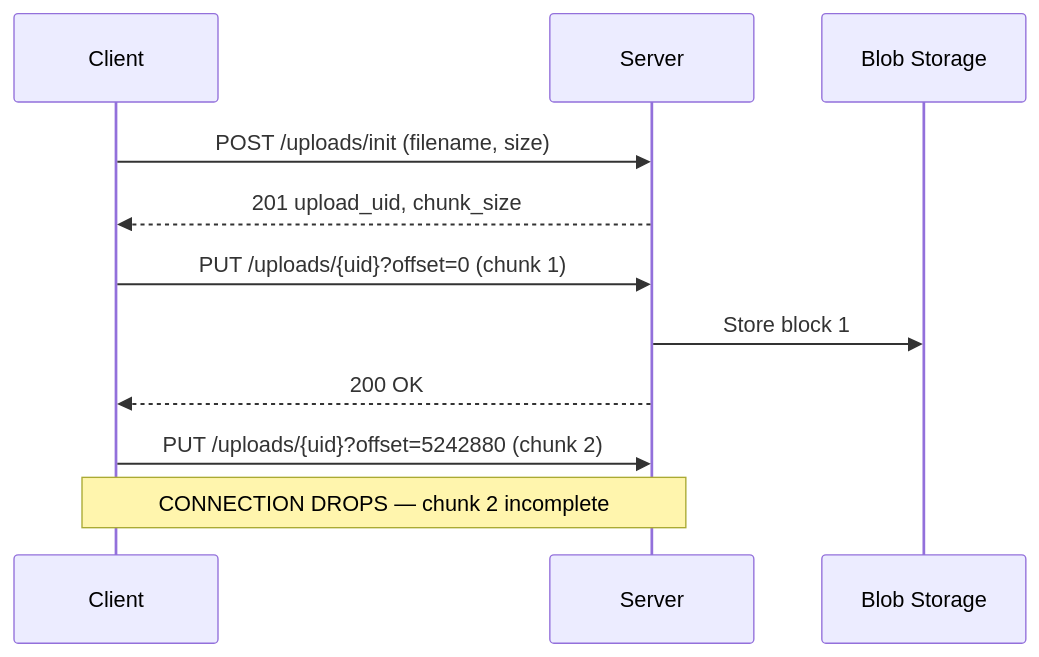
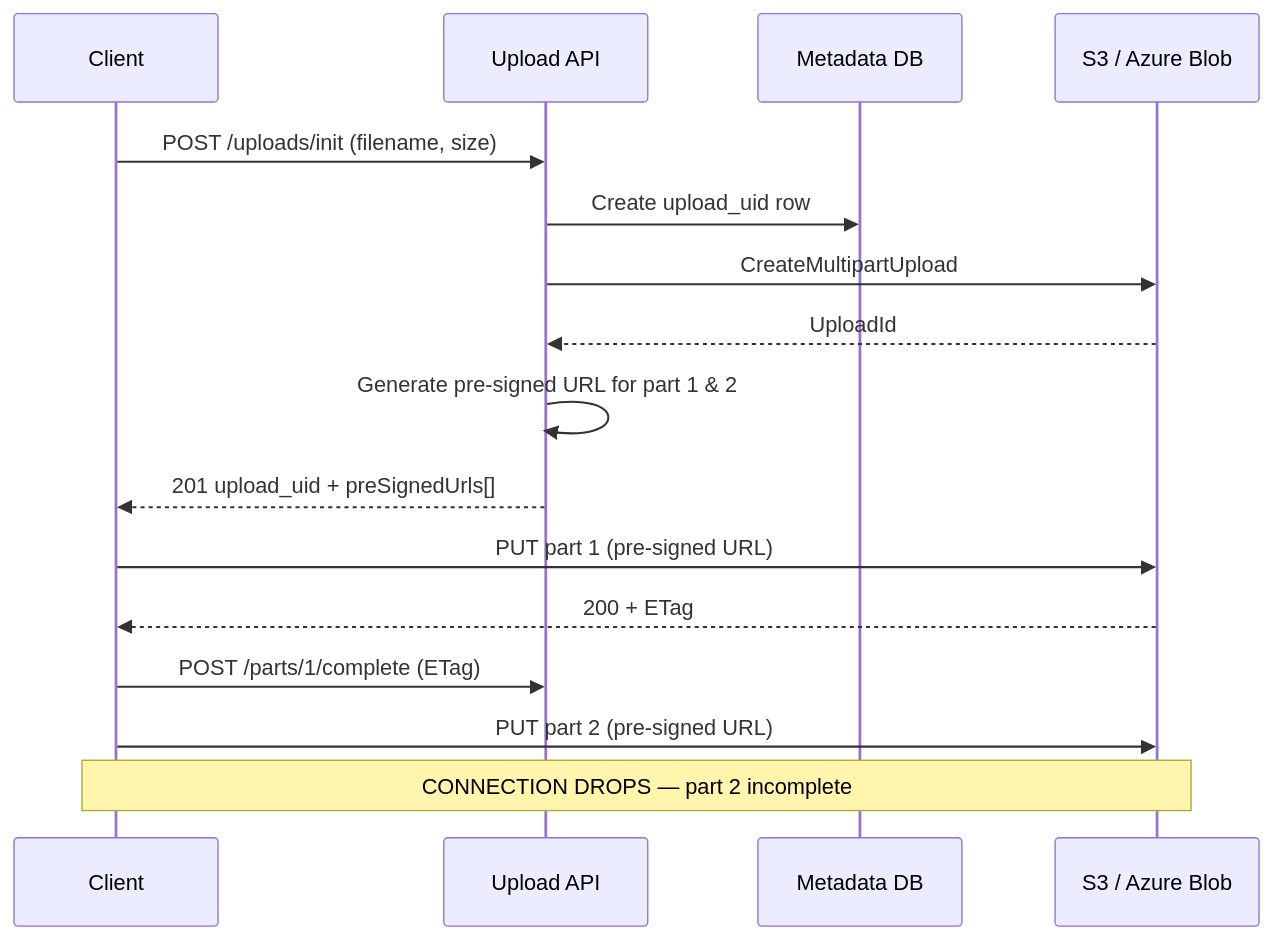
Before and after one commit to RohanYadav1812/system-design: the seventh of 17 diagrams in HLD/HLD-LLD-Complete-Document.md, drawn with Mermaid. The commit also changed other lines of this file, not shown here.

Commit message:
Document pre-signed URLs, S3/Azure Blob usage, and Base URL distinction in HLD/LLD doc

````diff
--- a/HLD/HLD-LLD-Complete-Document.md
+++ b/HLD/HLD-LLD-Complete-Document.md
@@ -427,14 +581,19 @@
 ```mermaid
 sequenceDiagram
     participant Client
-    participant Server
-    participant Storage as Blob Storage
+    participant API as Upload API
+    participant DB as Metadata DB
+    participant S3 as S3 / Azure Blob
 
-    Client->>Server: POST /uploads/init (filename, size)
-    Server-->>Client: 201 upload_uid, chunk_size
-    Client->>Server: PUT /uploads/{uid}?offset=0 (chunk 1)
-    Server->>Storage: Store block 1
-    Server-->>Client: 200 OK
-    Client->>Server: PUT /uploads/{uid}?offset=5242880 (chunk 2)
-    Note over Client,Server: CONNECTION DROPS — chunk 2 incomplete
+    Client->>API: POST /uploads/init (filename, size)
+    API->>DB: Create upload_uid row
+    API->>S3: CreateMultipartUpload
+    S3-->>API: UploadId
+    API->>API: Generate pre-signed URL for part 1 & 2
+    API-->>Client: 201 upload_uid + preSignedUrls[]
+    Client->>S3: PUT part 1 (pre-signed URL)
+    S3-->>Client: 200 + ETag
+    Client->>API: POST /parts/1/complete (ETag)
+    Client->>S3: PUT part 2 (pre-signed URL)
+    Note over Client,S3: CONNECTION DROPS — part 2 incomplete
 ```
````
